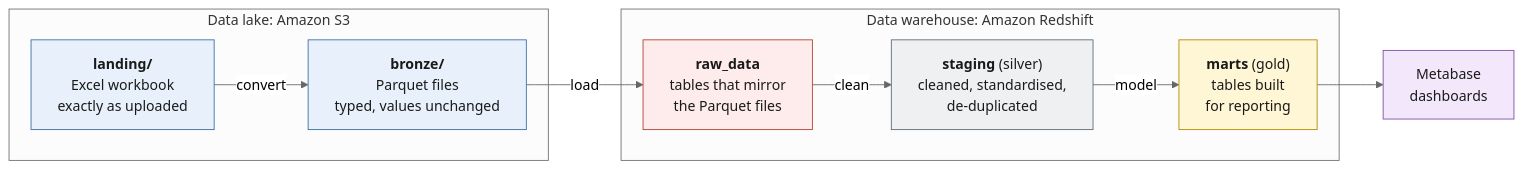
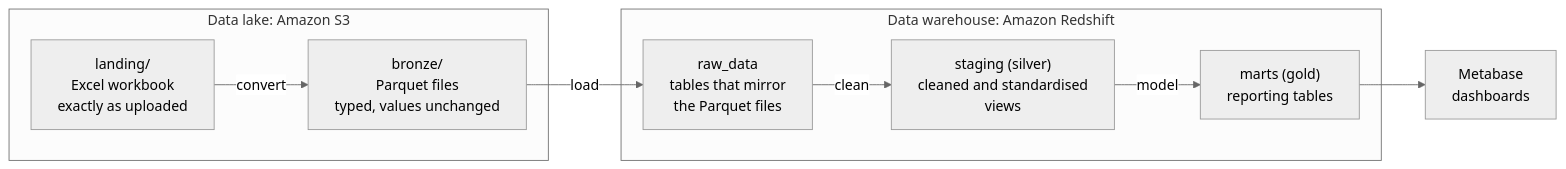
Before and after one commit to Sammy-Lartey/ecommerce-elt: the diagram in docs/02-data-layers.md, drawn with Mermaid (neutral theme). The commit also changed other lines of this file and 1 other file, not shown here.

````diff
--- a/docs/02-data-layers.md
+++ b/docs/02-data-layers.md
@@ -9,24 +9,13 @@
 ```mermaid
 flowchart LR
     subgraph lake["Data lake: Amazon S3"]
-        A["<b>landing/</b><br/>Excel workbook<br/>exactly as uploaded"] -->|"convert"| B["<b>bronze/</b><br/>Parquet files<br/>typed, values unchanged"]
+        A["landing/<br/>Excel workbook<br/>exactly as uploaded"] -->|"convert"| B["bronze/<br/>Parquet files<br/>typed, values unchanged"]
     end
 
     subgraph wh["Data warehouse: Amazon Redshift"]
-        C["<b>raw_data</b><br/>tables that mirror<br/>the Parquet files"] -->|"clean"| D["<b>staging</b> (silver)<br/>cleaned, standardised,<br/>de-duplicated"] -->|"model"| E["<b>marts</b> (gold)<br/>tables built<br/>for reporting"]
+        C["raw_data<br/>tables that mirror<br/>the Parquet files"] -->|"clean"| D["staging (silver)<br/>cleaned and standardised<br/>views"] -->|"model"| E["marts (gold)<br/>reporting tables"]
     end
 
     B -->|"load"| C
     E --> F["Metabase<br/>dashboards"]
-
-    classDef lakeNode fill:#e8f1fb,stroke:#3b6ea5,color:#1a1a1a
-    classDef raw fill:#fdeceb,stroke:#b3402f,color:#1a1a1a
-    classDef silver fill:#eef0f2,stroke:#5f6b76,color:#1a1a1a
-    classDef gold fill:#fff6d6,stroke:#b38a00,color:#1a1a1a
-    classDef out fill:#f3e8fb,stroke:#7b4ea5,color:#1a1a1a
-    class A,B lakeNode
-    class C raw
-    class D silver
-    class E gold
-    class F out
 ```
````
